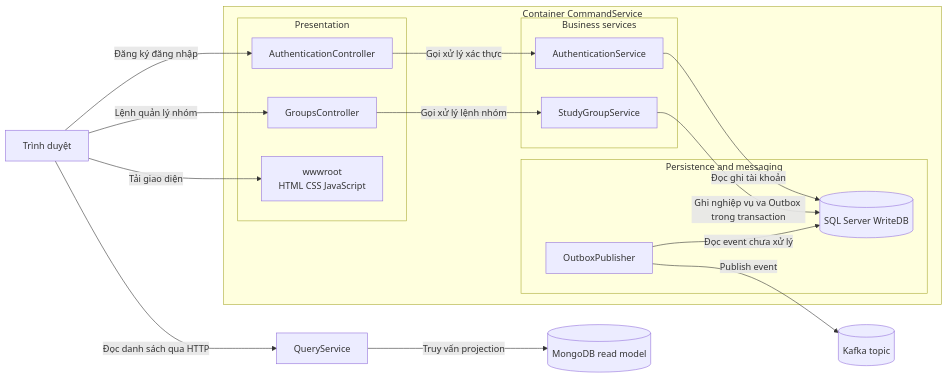
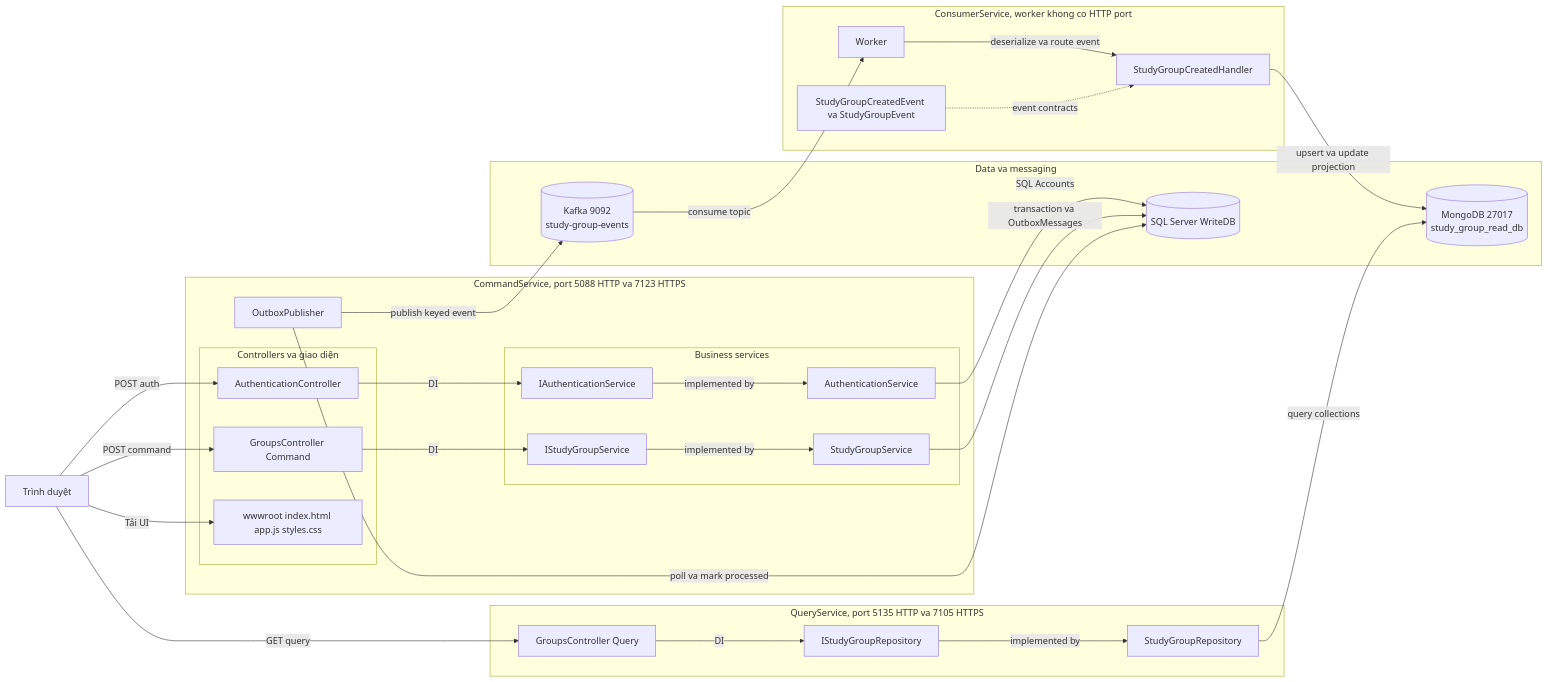
One commit to lein69/CQRS changed the third of 6 diagrams in README_C4.md. Above: the diagram before and after it, drawn with Mermaid. The commit also changed other lines of this file and 28 other files, not shown here.

````diff
--- a/README_C4.md
+++ b/README_C4.md
@@ -143,33 +173,52 @@
 ```mermaid
 flowchart LR
   cmpBrowser["Trình duyệt"]
-  subgraph cmpCommandBoundary["Container CommandService"]
-    subgraph cmpPresentation["Presentation"]
+  subgraph cmpCommandBoundary["CommandService, port 5088 HTTP va 7123 HTTPS"]
+    subgraph cmpCommandPresentation["Controllers va giao diện"]
       cmpAuthController["AuthenticationController"]
-      cmpGroupsController["GroupsController"]
-      cmpWebFiles["wwwroot<br/>HTML CSS JavaScript"]
+      cmpGroupsController["GroupsController Command"]
+      cmpWebFiles["wwwroot index.html app.js styles.css"]
     end
-    subgraph cmpBusiness["Business services"]
+    subgraph cmpCommandLogic["Business services"]
+      cmpAuthContract["IAuthenticationService"]
       cmpAuthService["AuthenticationService"]
+      cmpGroupContract["IStudyGroupService"]
       cmpGroupService["StudyGroupService"]
     end
-    subgraph cmpInfrastructure["Persistence and messaging"]
-      cmpOutbox["OutboxPublisher"]
-      cmpSql[("SQL Server WriteDB")]
-    end
+    cmpOutbox["OutboxPublisher"]
   end
-  cmpKafka[("Kafka topic")]
-  cmpQuery["QueryService"]
-  cmpMongo[("MongoDB read model")]
-  cmpBrowser -->|"Tải giao diện"| cmpWebFiles
-  cmpBrowser -->|"Đăng ký đăng nhập"| cmpAuthController
-  cmpBrowser -->|"Lệnh quản lý nhóm"| cmpGroupsController
-  cmpAuthController -->|"Gọi xử lý xác thực"| cmpAuthService
-  cmpGroupsController -->|"Gọi xử lý lệnh nhóm"| cmpGroupService
-  cmpAuthService -->|"Đọc ghi tài khoản"| cmpSql
-  cmpGroupService -->|"Ghi nghiệp vụ va Outbox trong transaction"| cmpSql
-  cmpOutbox -->|"Đọc event chưa xử lý"| cmpSql
-  cmpOutbox -->|"Publish event"| cmpKafka
-  cmpBrowser -->|"Đọc danh sách qua HTTP"| cmpQuery
-  cmpQuery -->|"Truy vấn projection"| cmpMongo
+  subgraph cmpConsumerBoundary["ConsumerService, worker khong co HTTP port"]
+    cmpWorker["Worker"]
+    cmpHandler["StudyGroupCreatedHandler"]
+    cmpEventModels["StudyGroupCreatedEvent va StudyGroupEvent"]
+  end
+  subgraph cmpQueryBoundary["QueryService, port 5135 HTTP va 7105 HTTPS"]
+    cmpQueryController["GroupsController Query"]
+    cmpRepositoryContract["IStudyGroupRepository"]
+    cmpRepository["StudyGroupRepository"]
+  end
+  subgraph cmpDataBoundary["Data va messaging"]
+    cmpSql[("SQL Server WriteDB")]
+    cmpKafka[("Kafka 9092<br/>study-group-events")]
+    cmpMongo[("MongoDB 27017<br/>study_group_read_db")]
+  end
+  cmpBrowser -->|"Tải UI"| cmpWebFiles
+  cmpBrowser -->|"POST auth"| cmpAuthController
+  cmpBrowser -->|"POST command"| cmpGroupsController
+  cmpBrowser -->|"GET query"| cmpQueryController
+  cmpAuthController -->|"DI"| cmpAuthContract
+  cmpAuthContract -->|"implemented by"| cmpAuthService
+  cmpGroupsController -->|"DI"| cmpGroupContract
+  cmpGroupContract -->|"implemented by"| cmpGroupService
+  cmpAuthService -->|"SQL Accounts"| cmpSql
+  cmpGroupService -->|"transaction va OutboxMessages"| cmpSql
+  cmpOutbox -->|"poll va mark processed"| cmpSql
+  cmpOutbox -->|"publish keyed event"| cmpKafka
+  cmpKafka -->|"consume topic"| cmpWorker
+  cmpWorker -->|"deserialize va route event"| cmpHandler
+  cmpEventModels -.->|"event contracts"| cmpHandler
+  cmpHandler -->|"upsert va update projection"| cmpMongo
+  cmpQueryController -->|"DI"| cmpRepositoryContract
+  cmpRepositoryContract -->|"implemented by"| cmpRepository
+  cmpRepository -->|"query collections"| cmpMongo
 ```
````
